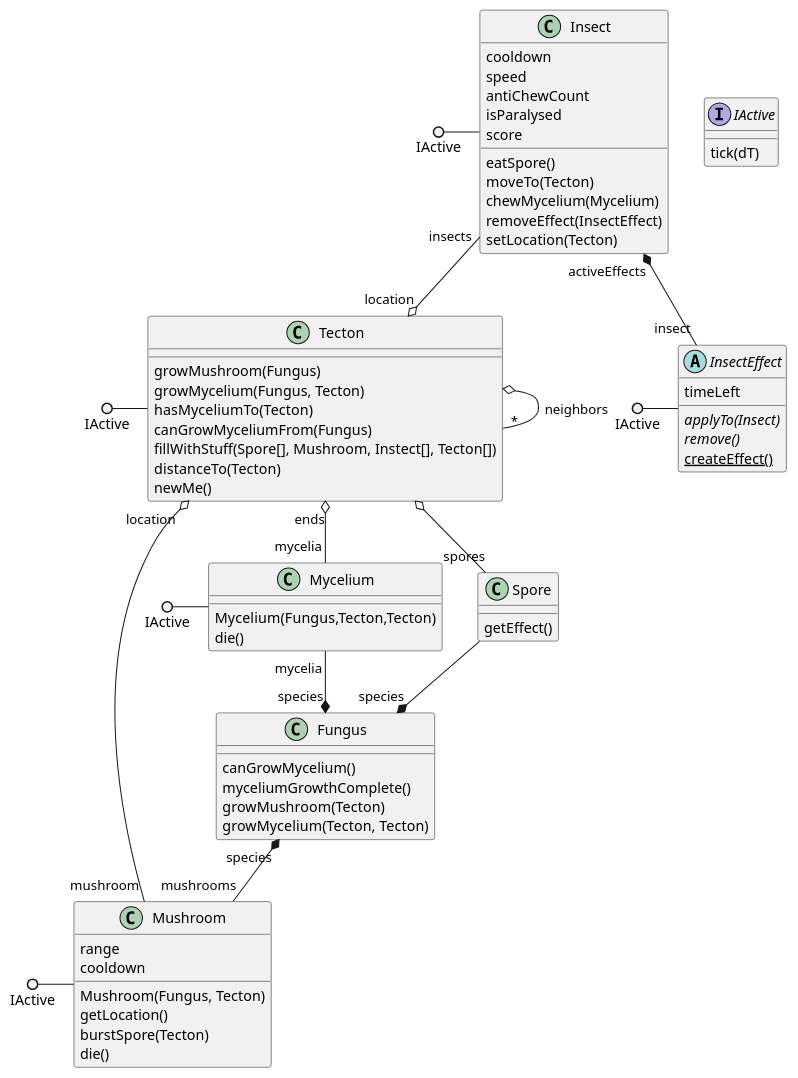
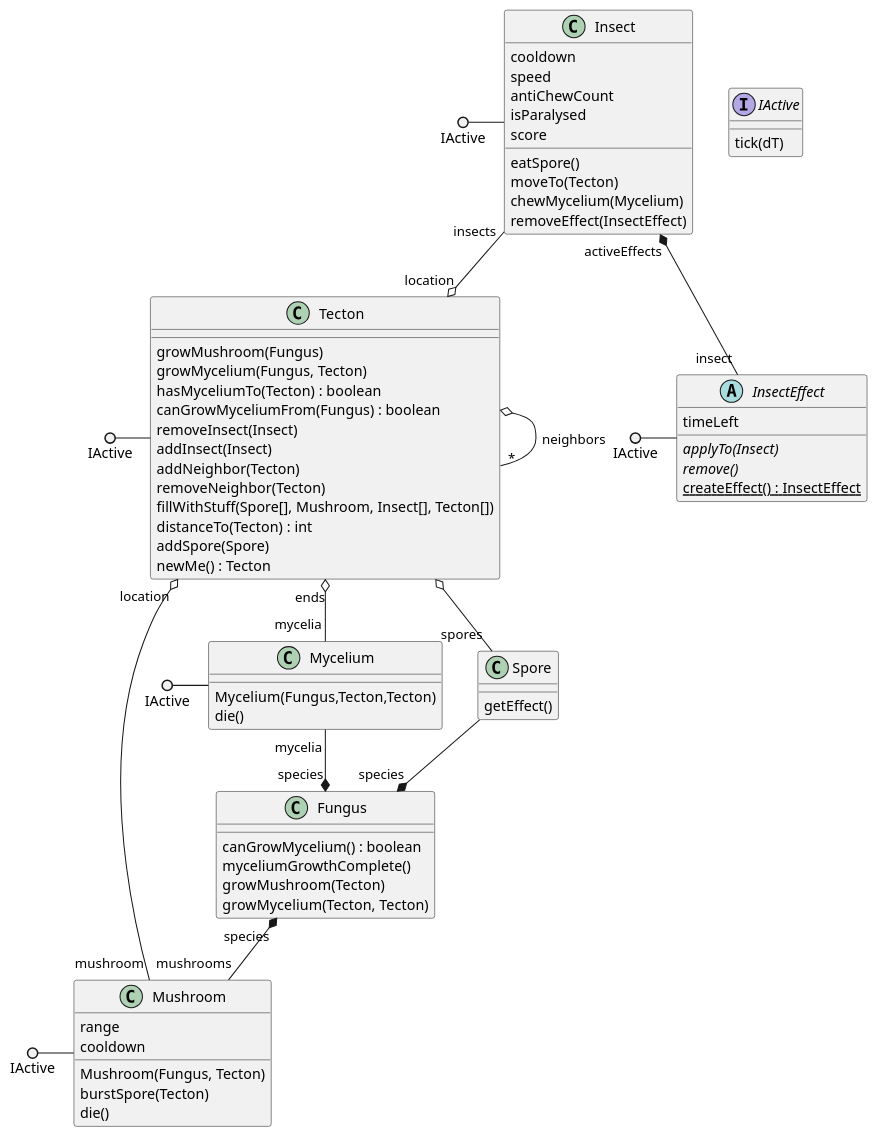
One commit to ZD4ve/projlab-error521 changed the diagram in classes.pu. Above: the diagram before and after it, drawn with PlantUML.

Commit message:
added return values

```diff
--- a/classes.pu
+++ b/classes.pu
@@ -1,102 +1,74 @@
 @startuml classes
 interface IActive {
     tick(dT)
 }
-'Addneighbor, remove, fill belement többet hogy jelölünk
-'NEM E KELL RETURN TÍPUS'
-
-'Panni: nagyon sok konstruktor még hiányzik!!!
-
-'Dávid: kikommentelt fv-ek getter-setterek, elhagyhatjuk őket?
-'takeSpore->eatspore diagram
-'ha kell remove akkor removemushroom
-'Panni: szerintem a ezek főleg nem getter/setterek, hanem addok, removeok, azok szerintem kellenek
-
-'LÁTHATÓSÁG kell?
-'Panni: szerintem nem, mert a követelményekben szerint amúgy is csak publikus metódusok szerepelhetnek
-
-/' A követelményekből:
-    Attribútumok és metódusok is kellenek, típussal, paraméterrel együtt. Itt még csak publikus metódusok szerepelhetnek! 
-    Látsszanak a metódus-felüldefiniálások is (a felüldefiniált metódusok a leszármazott osztályban legyenek láthatók,
-    a nem felüldefiniáltak a leszármazottban elhagyhatók)
-'/
 class Tecton {
     growMushroom(Fungus)
     growMycelium(Fungus, Tecton)
-    hasMyceliumTo(Tecton)
-    canGrowMyceliumFrom(Fungus)
-    ' removeInsect(Insect)
-    ' addInsect(Insect)
-    ' addNeighbor(Tecton)
-    ' removeNeighbor(Tecton)
-    fillWithStuff(Spore[], Mushroom, Instect[], Tecton[])
-    distanceTo(Tecton)
-    ' addSpore(Spore)
-    newMe()
+    hasMyceliumTo(Tecton) : boolean
+    canGrowMyceliumFrom(Fungus) : boolean
+    removeInsect(Insect)
+    addInsect(Insect)
+    addNeighbor(Tecton)
+    removeNeighbor(Tecton)
+    fillWithStuff(Spore[], Mushroom, Insect[], Tecton[])
+    distanceTo(Tecton) : int
+    addSpore(Spore)
+    newMe() : Tecton
 }
 class Fungus {
-    canGrowMycelium()
+    canGrowMycelium() : boolean
     myceliumGrowthComplete()
     growMushroom(Tecton)
     growMycelium(Tecton, Tecton)
 }
 class Mycelium {
     Mycelium(Fungus,Tecton,Tecton)
     die()
 }
 class Mushroom {
     range
     cooldown
     Mushroom(Fungus, Tecton)
-    getLocation()
-    ' setLocation(Tecton)
     burstSpore(Tecton)
     die()
 }
 class Spore {
     getEffect()
 }
-
-'Panni: ide nem írom ki a getter-settereket, elegek szntem az attribútumok
-' +ha van removeEffect() akkor applyEffect() nincs? vagy azt a setIsParalysed() és a hasonlóak helyettesítik?
-' +azt viszont nem tudom h az asszociációk setterei (pl setLocation) kellenek-e
 class Insect {
     cooldown
     speed
     antiChewCount
     isParalysed
     score
     eatSpore()
     moveTo(Tecton)
     chewMycelium(Mycelium)
     removeEffect(InsectEffect)
-    setLocation(Tecton)
 }
 abstract InsectEffect {
     timeLeft
     {abstract} applyTo(Insect)
     {abstract} remove()
-    {static} createEffect()
+    {static} createEffect() : InsectEffect
 }
 
 IActive ()- Tecton
 IActive ()- Mushroom
 IActive ()- Mycelium
 IActive ()- Insect
 IActive ()- InsectEffect
 
 Tecton o-- "*" Tecton : neighbors
 Tecton "ends" o-- "mycelia" Mycelium
 Tecton o-- "spores" Spore
 Tecton "location" o-- "mushroom" Mushroom
 
 Mycelium "mycelia" --* "species" Fungus
-
 Insect "activeEffects" *-- "insect" InsectEffect
 Insect "insects" --o "location" Tecton
-
 Fungus "species" *-- "mushrooms" Mushroom
-
 Spore --* "species" Fungus
 
 @enduml
```
